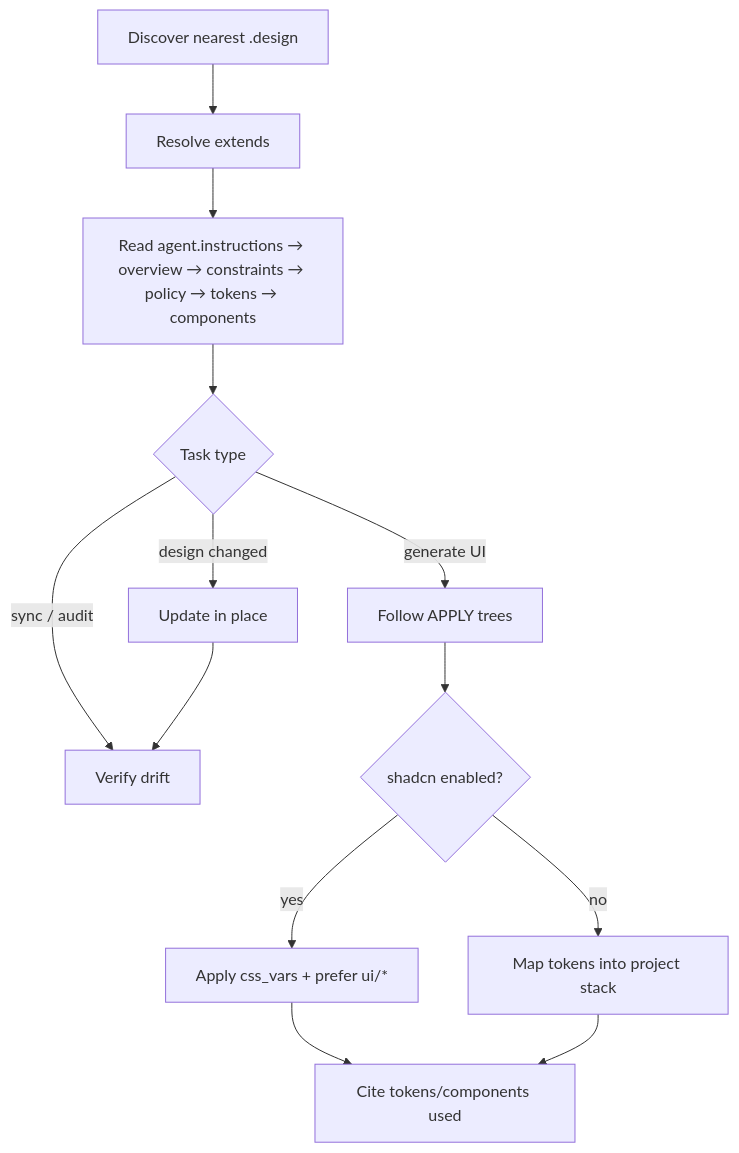
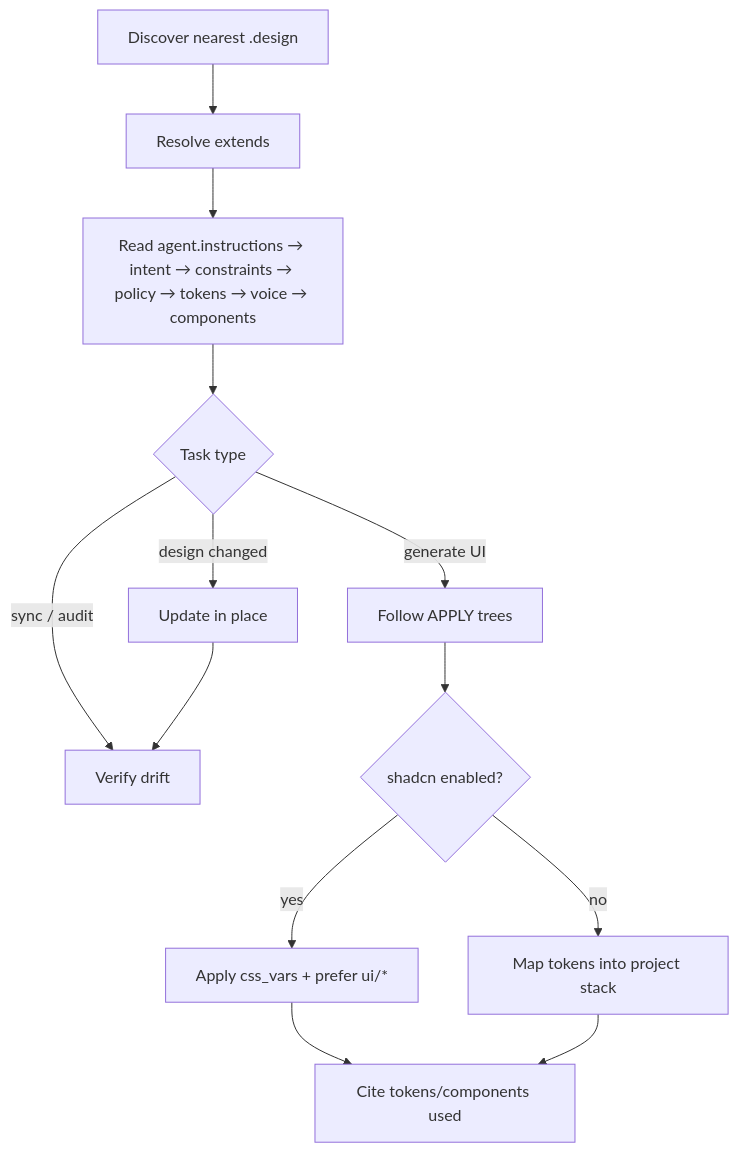
Before and after one commit to AgentsORG/DESIGN: the first of 2 diagrams in docs/agent-consumption.md, drawn with Mermaid. The commit also changed other lines of this file and 25 other files, not shown here.

````diff
--- a/docs/agent-consumption.md
+++ b/docs/agent-consumption.md
@@ -17,15 +17,15 @@
 ```mermaid
 flowchart TD
   A[Discover nearest .design] --> B[Resolve extends]
-  B --> C[Read agent.instructions → overview → constraints → policy → tokens → components]
+  B --> C[Read agent.instructions → intent → constraints → policy → tokens → voice → components]
   C --> D{Task type}
   D -->|generate UI| E[Follow APPLY trees]
   D -->|design changed| F[Update in place]
   D -->|sync / audit| G[Verify drift]
   E --> H{shadcn enabled?}
   H -->|yes| I[Apply css_vars + prefer ui/*]
   H -->|no| J[Map tokens into project stack]
   I --> K[Cite tokens/components used]
   J --> K
   F --> G
 ```
````
